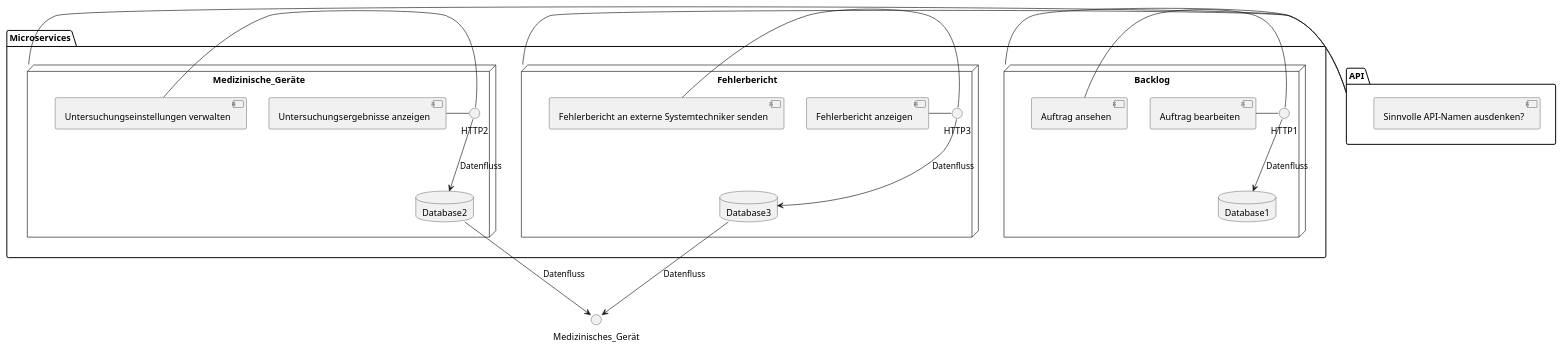
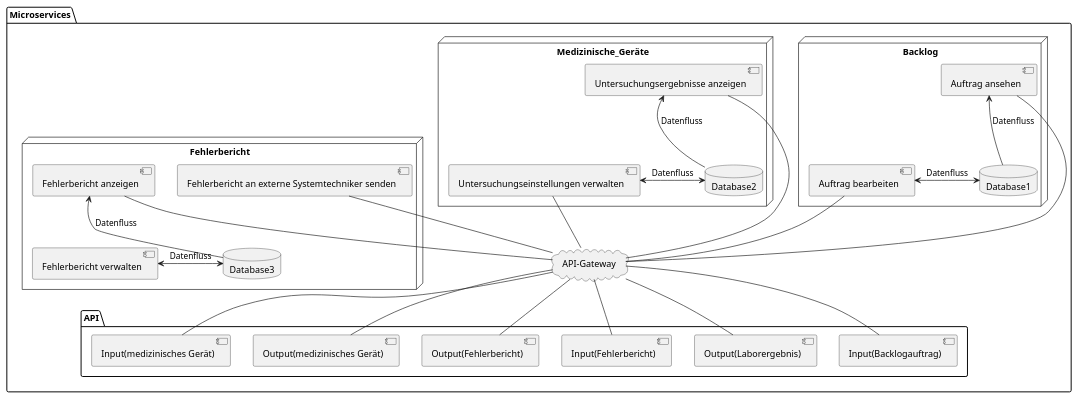
One commit to fh-erfurt/ss23-kba-project changed the first of 2 diagrams in docs/5_systemarchitectur/Systemarchitectur.md. Above: the diagram before and after it, drawn with PlantUML.

````diff
--- a/docs/5_systemarchitectur/Systemarchitectur.md
+++ b/docs/5_systemarchitectur/Systemarchitectur.md
@@ -76,46 +76,66 @@
 ```plantuml Microservices 
 @startuml
 
 package "Microservices" {
   node "Backlog" {
-    [Auftrag bearbeiten] - HTTP1
-    [Auftrag ansehen] - HTTP1
+    [Auftrag bearbeiten]
+    [Auftrag ansehen]
 
     database "Database1"{
+      [Auftrag ansehen] <-- Database1 : Datenfluss
+      [Auftrag bearbeiten] <-> Database1: Datenfluss
     }
-      HTTP1 --> Database1 : Datenfluss
   }
 
   node "Medizinische_Geräte" {
-    [Untersuchungsergebnisse anzeigen] - HTTP2
-    [Untersuchungseinstellungen verwalten] - HTTP2
+    [Untersuchungsergebnisse anzeigen]
+    [Untersuchungseinstellungen verwalten]
+
     database "Database2"{
-      HTTP2 --> Database2 : Datenfluss
+      [Untersuchungsergebnisse anzeigen] <-- Database2 : Datenfluss
+      [Untersuchungseinstellungen verwalten] <-> Database2 : Datenfluss
     }
   }
 
   node "Fehlerbericht"{
-    [Fehlerbericht anzeigen] - HTTP3
-    [Fehlerbericht an externe Systemtechniker senden] - HTTP3
+    [Fehlerbericht verwalten]
+    [Fehlerbericht anzeigen]
+    [Fehlerbericht an externe Systemtechniker senden]
+
     database "Database3"{
-      HTTP3 --> Database3 : Datenfluss
+      [Fehlerbericht anzeigen] <-- Database3 : Datenfluss
+      [Fehlerbericht verwalten] <-> Database3 : Datenfluss
     }
   }
 
+  cloud "API-Gateway"
 
+  package "API"{
+    [Input(medizinisches Gerät)]
+    [Output(medizinisches Gerät)]
+    [Output(Fehlerbericht)]
+    [Input(Fehlerbericht)]
+    [Output(Laborergebnis)]
+    [Input(Backlogauftrag)]
+  }
 }
 
 
-Medizinisches_Gerät <-up- Database2 : Datenfluss
-Medizinisches_Gerät <-up- Database3 : Datenfluss
+[Untersuchungsergebnisse anzeigen] -down- "API-Gateway"
+[Untersuchungseinstellungen verwalten] -down- "API-Gateway"
+[Fehlerbericht anzeigen] -down- "API-Gateway"
+[Fehlerbericht an externe Systemtechniker senden] -down- "API-Gateway"
+[Auftrag bearbeiten] -down- "API-Gateway"
+[Auftrag ansehen] -down- "API-Gateway"
 
-package "API"{
-  [Sinnvolle API-Namen ausdenken?]
-}
+"API-Gateway" -- [Input(medizinisches Gerät)]
+"API-Gateway" -- [Output(medizinisches Gerät)]
+"API-Gateway" -- [Output(Fehlerbericht)]
+"API-Gateway" -- [Input(Fehlerbericht)]
+"API-Gateway" -- [Output(Laborergebnis)]
+"API-Gateway" -- [Input(Backlogauftrag)]
 
-Backlog -left- API
-Medizinische_Geräte -left- API
-Fehlerbericht -left- API
+
 
 @enduml
 ```
````
